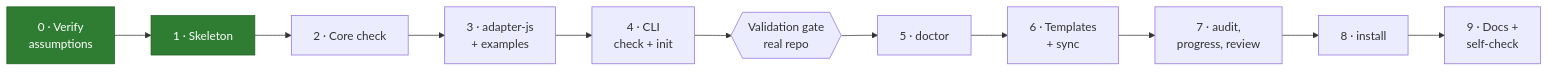
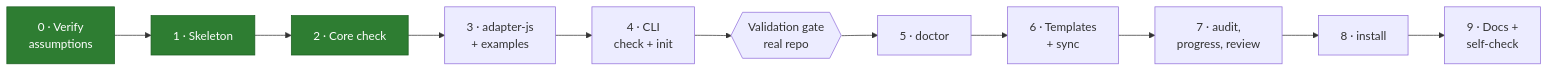
One commit to fredarcito/reins changed the seventh of 7 diagrams in README.md. Above: the diagram before and after it, drawn with Mermaid. The commit also changed other lines of this file and 27 other files, not shown here.

````diff
--- a/README.md
+++ b/README.md
@@ -223,8 +271,8 @@
 ```mermaid
 flowchart LR
     p0["0 · Verify<br/>assumptions"]:::done --> p1["1 · Skeleton"]:::done
-    p1 --> p2["2 · Core check"] --> p3["3 · adapter-js<br/>+ examples"] --> p4["4 · CLI<br/>check + init"]
+    p1 --> p2["2 · Core check"]:::done --> p3["3 · adapter-js<br/>+ examples"] --> p4["4 · CLI<br/>check + init"]
     p4 --> gate{{"Validation gate<br/>real repo"}}
     gate --> p5["5 · doctor"] --> p6["6 · Templates<br/>+ sync"] --> p7["7 · audit,<br/>progress, review"] --> p8["8 · install"] --> p9["9 · Docs +<br/>self-check"]
     classDef done fill:#2e7d32,color:#fff,stroke:#1b5e20
 ```
````
